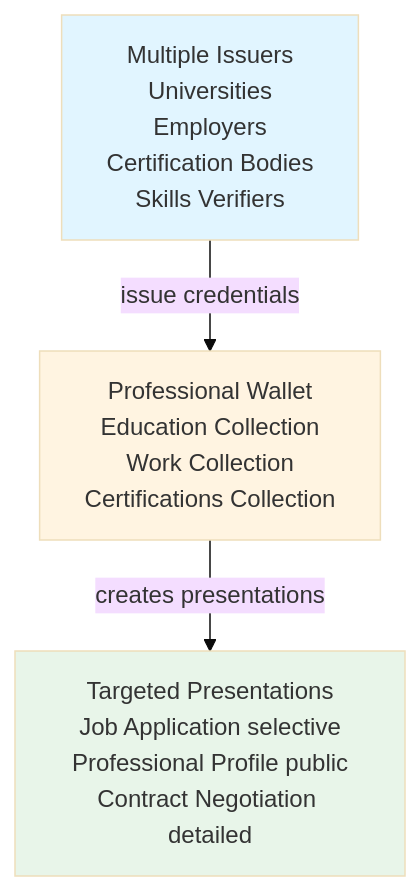
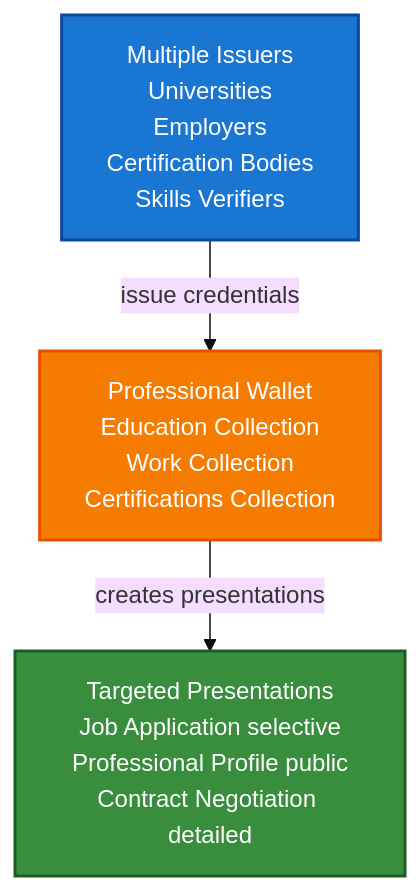
One commit to geoknoesis/trustweave changed the diagram in docs/getting-started/professional-identity-scenario.md. Above: the diagram before and after it, drawn with Mermaid (base theme). The commit also changed 16 other files, not shown here.

First line of the commit message:
docs: Improve Mermaid diagram contrast and add new scenarios

````diff
--- a/docs/getting-started/professional-identity-scenario.md
+++ b/docs/getting-started/professional-identity-scenario.md
@@ -110,9 +110,9 @@
 ```mermaid
 flowchart TD
     A[Multiple Issuers<br/>Universities<br/>Employers<br/>Certification Bodies<br/>Skills Verifiers] -->|issue credentials| B[Professional Wallet<br/>Education Collection<br/>Work Collection<br/>Certifications Collection]
     B -->|creates presentations| C[Targeted Presentations<br/>Job Application selective<br/>Professional Profile public<br/>Contract Negotiation detailed]
     
-    style A fill:#e1f5ff
-    style B fill:#fff4e1
-    style C fill:#e8f5e9
+    style A fill:#1976d2,stroke:#0d47a1,stroke-width:2px,color:#fff
+    style B fill:#f57c00,stroke:#e65100,stroke-width:2px,color:#fff
+    style C fill:#388e3c,stroke:#1b5e20,stroke-width:2px,color:#fff
 ```
````
